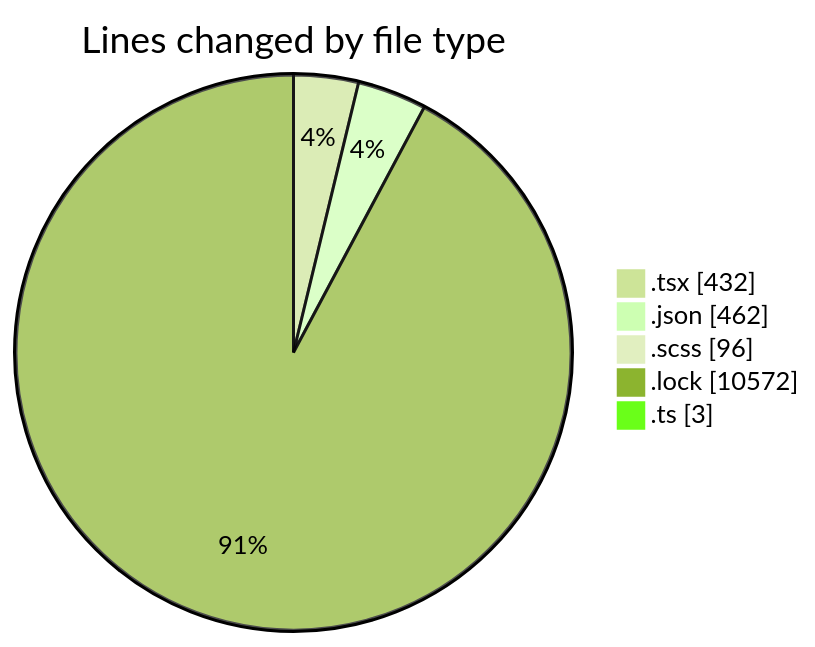
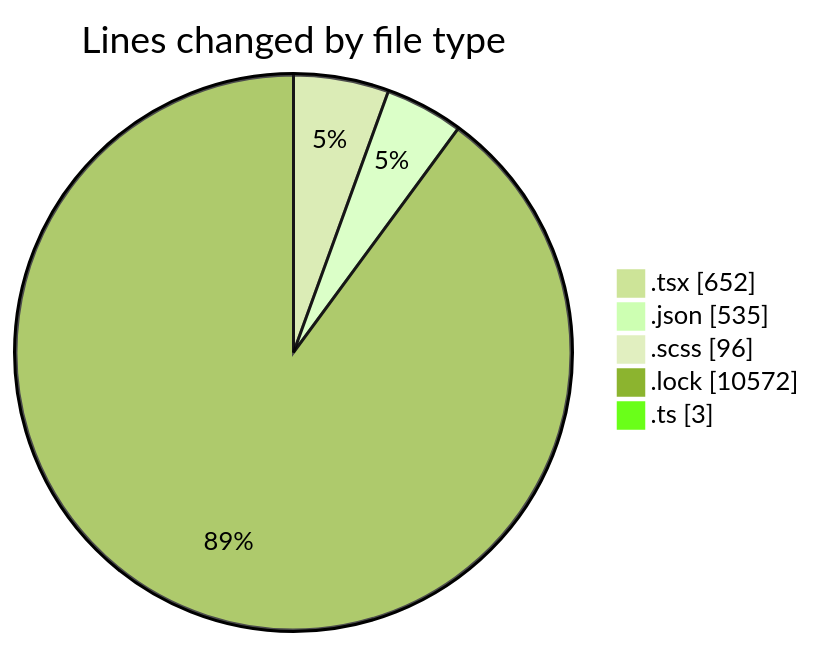
The first of 2 diagrams in 2026-05-13/cda/README.md (momahboobian/code-tracking), drawn with Mermaid (forest theme) before and after one commit. The commit also changed other lines of this file and 1 other file, not shown here.

````diff
--- a/2026-05-13/cda/README.md
+++ b/2026-05-13/cda/README.md
@@ -30,9 +32,9 @@
 ```mermaid
 pie showData
 title Lines changed by file type
-".tsx" : 432
-".json" : 462
+".tsx" : 652
+".json" : 535
 ".scss" : 96
 ".lock" : 10572
 ".ts" : 3
 ```
````
